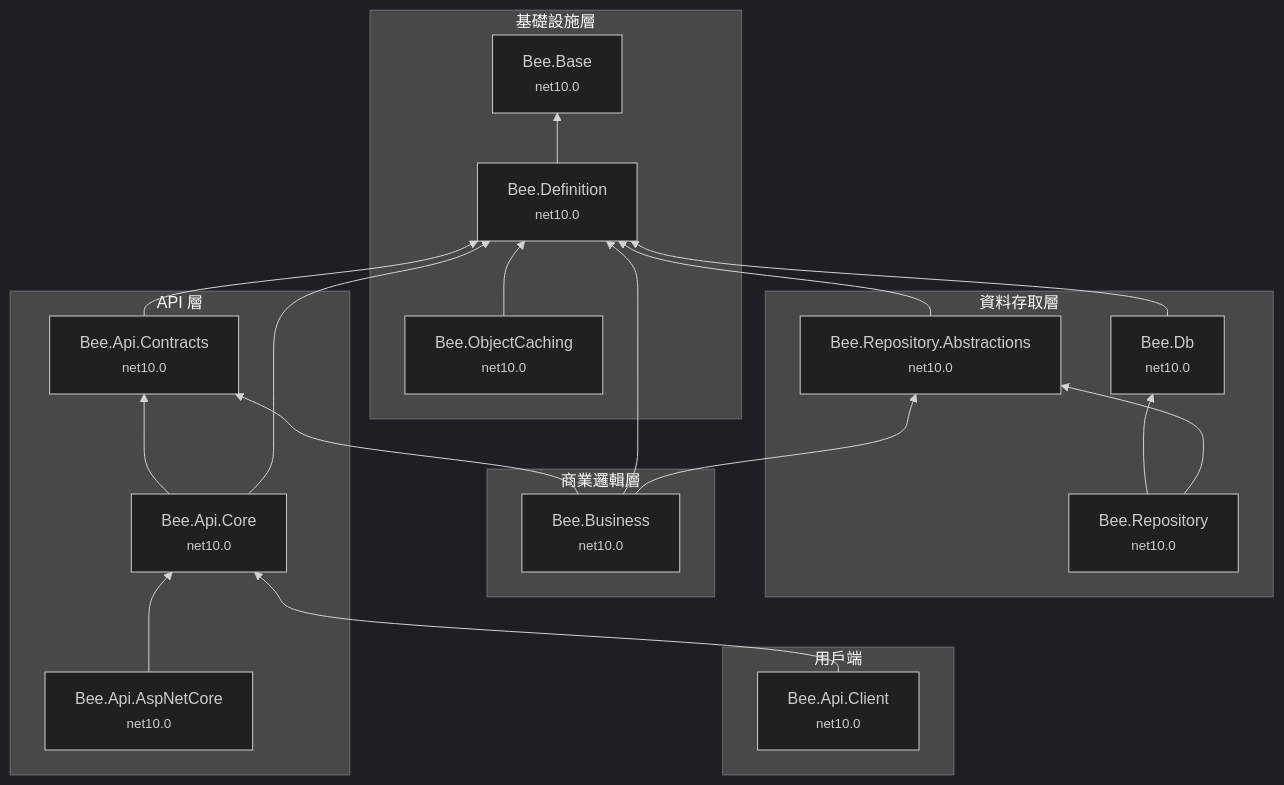
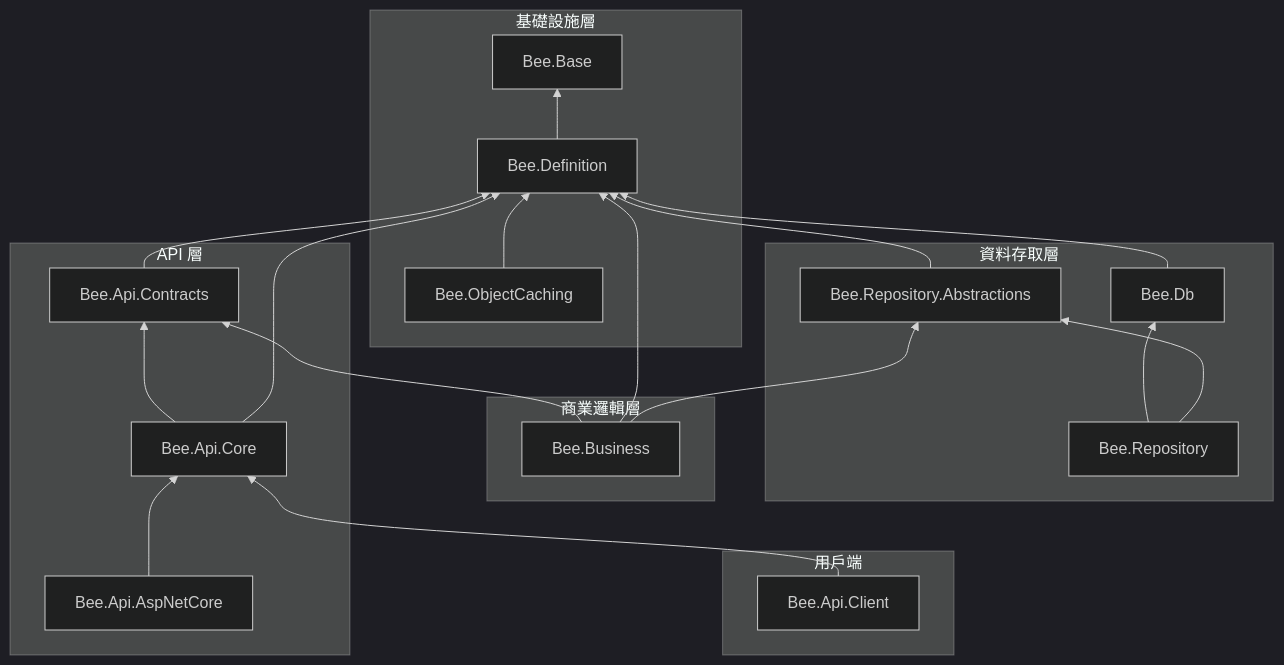
The diagram in docs/dependency-map.zh-TW.md (jeff377/bee-library), drawn with Mermaid (dark theme) before and after one commit. The commit also changed 1 other file, not shown here.

Commit message:
docs(dependency-map): 移除 mermaid 節點上的 net10.0 標示
所有套件已全面 net10.0，圖表中標示反成噪訊。文字段落中的
「目標框架摘要」仍保留 net10.0 說明，作為事實說明而非節點裝飾。

````diff
--- a/docs/dependency-map.zh-TW.md
+++ b/docs/dependency-map.zh-TW.md
@@ -11,43 +11,43 @@
 ```mermaid
 graph BT
   subgraph 基礎設施層
-    Base["Bee.Base<br/><small>net10.0</small>"]
-    Definition["Bee.Definition<br/><small>net10.0</small>"]
-    Caching["Bee.ObjectCaching<br/><small>net10.0</small>"]
+    Base["Bee.Base"]
+    Definition["Bee.Definition"]
+    Caching["Bee.ObjectCaching"]
   end
 
   subgraph 資料存取層
-    RepoAbs["Bee.Repository.Abstractions<br/><small>net10.0</small>"]
-    Db["Bee.Db<br/><small>net10.0</small>"]
-    Repo["Bee.Repository<br/><small>net10.0</small>"]
+    RepoAbs["Bee.Repository.Abstractions"]
+    Db["Bee.Db"]
+    Repo["Bee.Repository"]
   end
 
   subgraph 商業邏輯層
-    Business["Bee.Business<br/><small>net10.0</small>"]
+    Business["Bee.Business"]
   end
 
   subgraph API 層
-    Contracts["Bee.Api.Contracts<br/><small>net10.0</small>"]
-    Core["Bee.Api.Core<br/><small>net10.0</small>"]
-    AspNet["Bee.Api.AspNetCore<br/><small>net10.0</small>"]
+    Contracts["Bee.Api.Contracts"]
+    Core["Bee.Api.Core"]
+    AspNet["Bee.Api.AspNetCore"]
   end
 
   subgraph 用戶端
-    Client["Bee.Api.Client<br/><small>net10.0</small>"]
+    Client["Bee.Api.Client"]
   end
 
   Definition --> Base
   Contracts --> Definition
   Db --> Definition
   RepoAbs --> Definition
   Caching --> Definition
   Business --> Contracts
   Business --> Definition
   Business --> RepoAbs
   Repo --> Db
   Repo --> RepoAbs
   Core --> Contracts
   Core --> Definition
   AspNet --> Core
   Client --> Core
 ```
````
